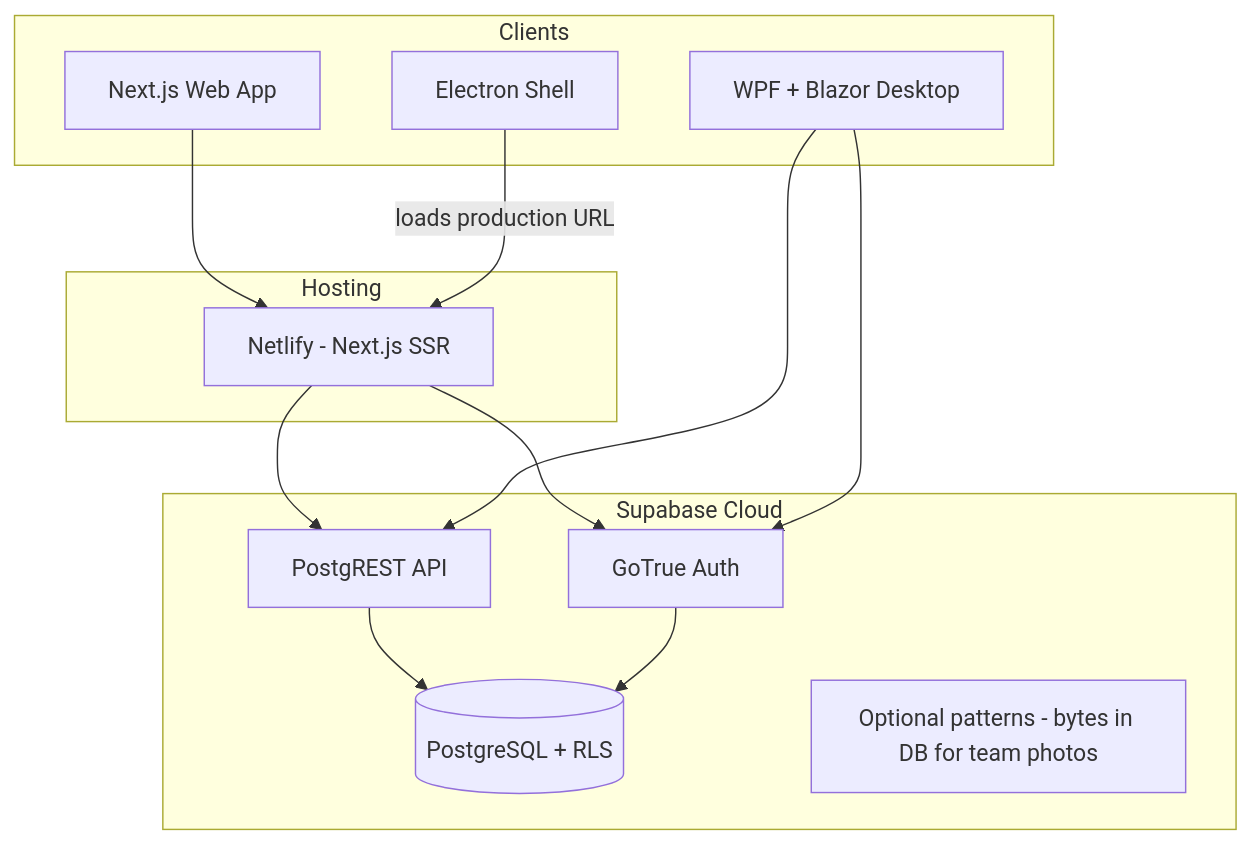
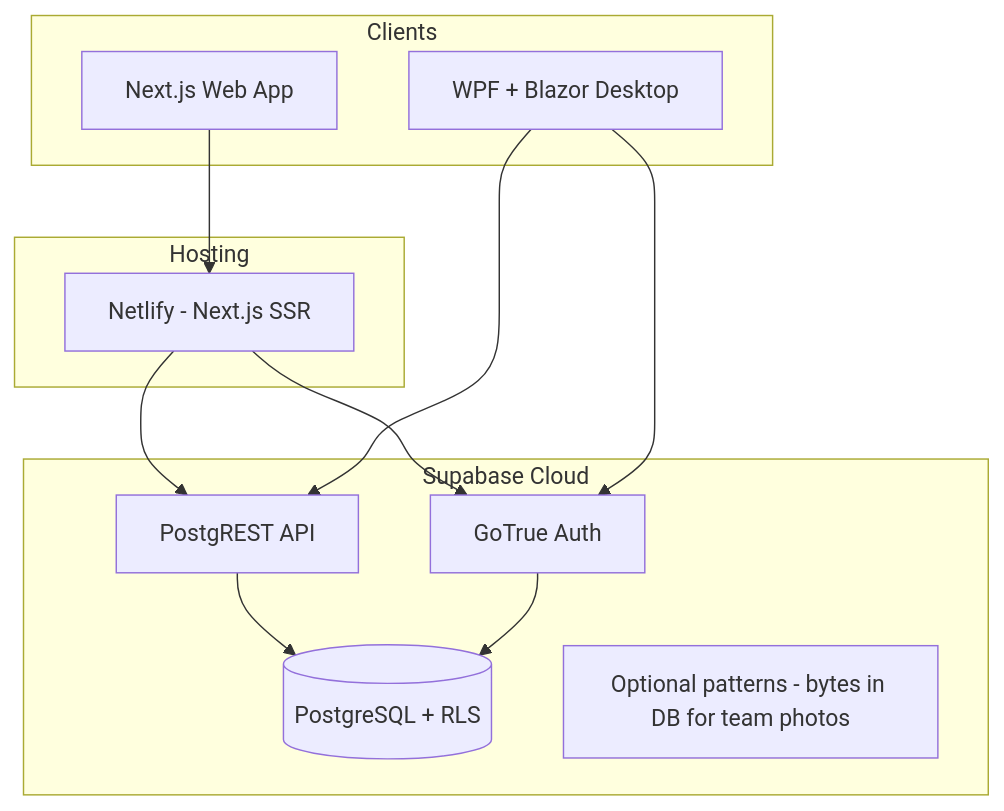
Before and after one commit to Dacy-s-Organization/NSBM-Recreation-Center: the first of 2 diagrams in DOCS/NSBM-Recreation-Center-Manager-System-Overview.md, drawn with Mermaid. The commit also changed other lines of this file and 72 other files, not shown here.

````diff
--- a/DOCS/NSBM-Recreation-Center-Manager-System-Overview.md
+++ b/DOCS/NSBM-Recreation-Center-Manager-System-Overview.md
@@ -14,30 +14,27 @@
 ```mermaid
 flowchart TB
   subgraph clients [Clients]
     Web[Next.js Web App]
     Desktop[WPF + Blazor Desktop]
-    Electron[Electron Shell]
   end
 
   subgraph edge [Hosting]
     Netlify[Netlify - Next.js SSR]
   end
 
   subgraph backend [Supabase Cloud]
     Auth[GoTrue Auth]
     PG[(PostgreSQL + RLS)]
     API[PostgREST API]
     Storage[Optional patterns - bytes in DB for team photos]
   end
 
   Web --> Netlify
   Netlify --> Auth
   Netlify --> API
   API --> PG
   Auth --> PG
 
   Desktop --> Auth
   Desktop --> API
-
-  Electron -->|loads production URL| Netlify
 ```
````
